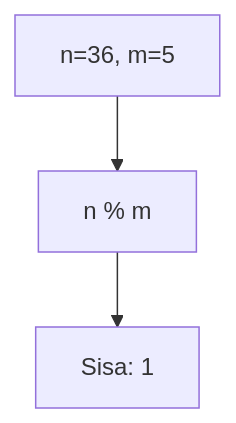
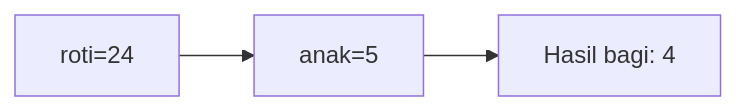
One commit to amnahwaida/OSNK_INF_PREP changed diagram 13 of 25 in part-c-pemahaman-cpp/01-tipe-data/latihan/set-11.md. Above: the diagram before and after it, drawn with Mermaid. The commit also changed other lines of this file and 71 other files, not shown here.

````diff
--- a/part-c-pemahaman-cpp/01-tipe-data/latihan/set-11.md
+++ b/part-c-pemahaman-cpp/01-tipe-data/latihan/set-11.md
@@ -350,5 +365,5 @@
 ```mermaid
-graph TD
-A["n=36, m=5"] --> B["n % m"]
-B --> C["Sisa: 1"]
+graph LR
+A["roti=24"] --> B["anak=5"]
+B --> C["Hasil bagi: 4"]
 ```
````
